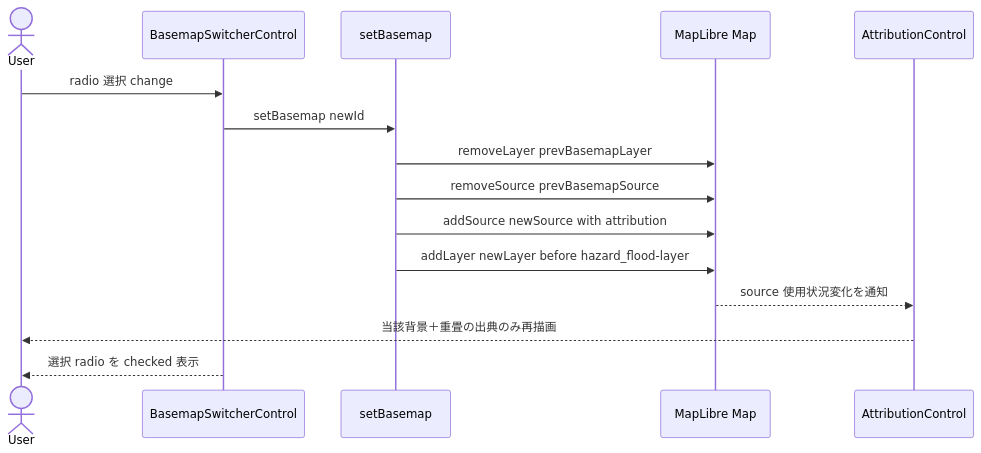
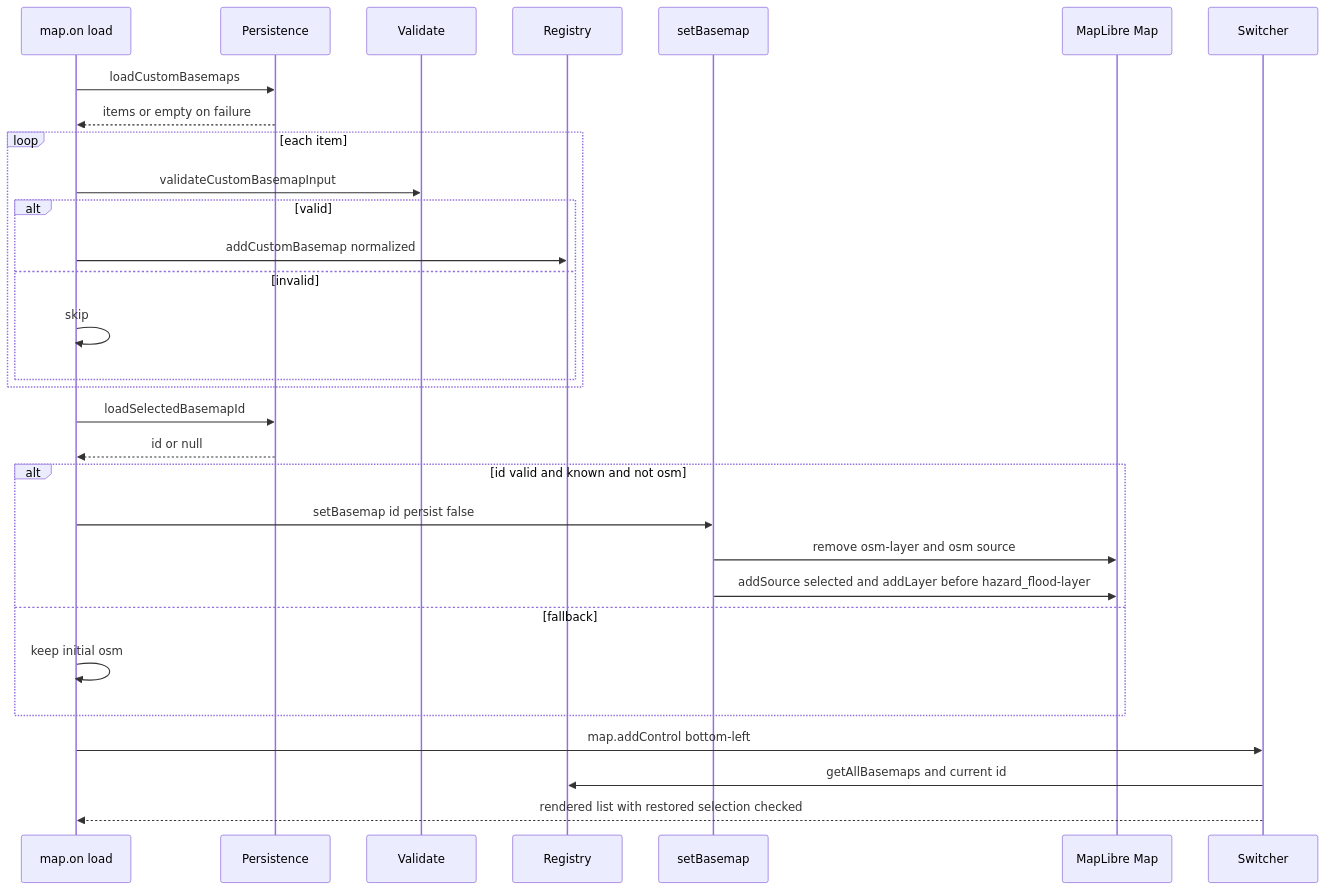
Before and after one commit to miyato1122/sdd-framework-test: the second of 5 diagrams in .kiro/specs/basemap-switcher/design.md, drawn with Mermaid. The commit also changed other lines of this file and 4 other files, not shown here.

First line of the commit message:
docs(basemap-switcher): 第2段スペック再オープン（Path A）— requirements/design/tasks 更新と research 追記

````diff
--- a/.kiro/specs/basemap-switcher/design.md
+++ b/.kiro/specs/basemap-switcher/design.md
@@ -120,17 +154,32 @@
 ```mermaid
 sequenceDiagram
-    actor User
-    participant Ctrl as BasemapSwitcherControl
+    participant Load as map.on load
+    participant Persist as Persistence
+    participant Validate as Validate
+    participant Reg as Registry
     participant Sw as setBasemap
     participant Map as MapLibre Map
-    participant Attr as AttributionControl
-    User->>Ctrl: radio 選択 change
-    Ctrl->>Sw: setBasemap newId
-    Sw->>Map: removeLayer prevBasemapLayer
-    Sw->>Map: removeSource prevBasemapSource
-    Sw->>Map: addSource newSource with attribution
-    Sw->>Map: addLayer newLayer before hazard_flood-layer
-    Map-->>Attr: source 使用状況変化を通知
-    Attr-->>User: 当該背景＋重畳の出典のみ再描画
-    Ctrl-->>User: 選択 radio を checked 表示
+    participant Ctrl as Switcher
+    Load->>Persist: loadCustomBasemaps
+    Persist-->>Load: items or empty on failure
+    loop each item
+        Load->>Validate: validateCustomBasemapInput
+        alt valid
+            Load->>Reg: addCustomBasemap normalized
+        else invalid
+            Load->>Load: skip
+        end
+    end
+    Load->>Persist: loadSelectedBasemapId
+    Persist-->>Load: id or null
+    alt id valid and known and not osm
+        Load->>Sw: setBasemap id persist false
+        Sw->>Map: remove osm-layer and osm source
+        Sw->>Map: addSource selected and addLayer before hazard_flood-layer
+    else fallback
+        Load->>Load: keep initial osm
+    end
+    Load->>Ctrl: map.addControl bottom-left
+    Ctrl->>Reg: getAllBasemaps and current id
+    Ctrl-->>Load: rendered list with restored selection checked
 ```
````
